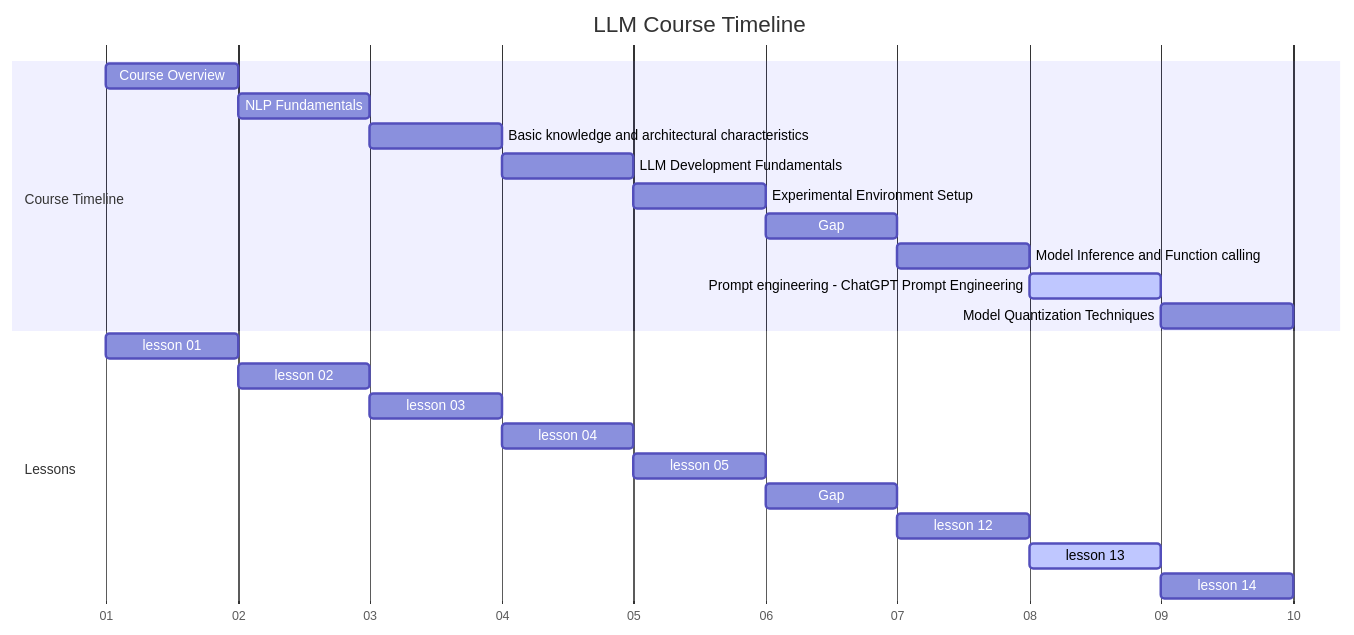
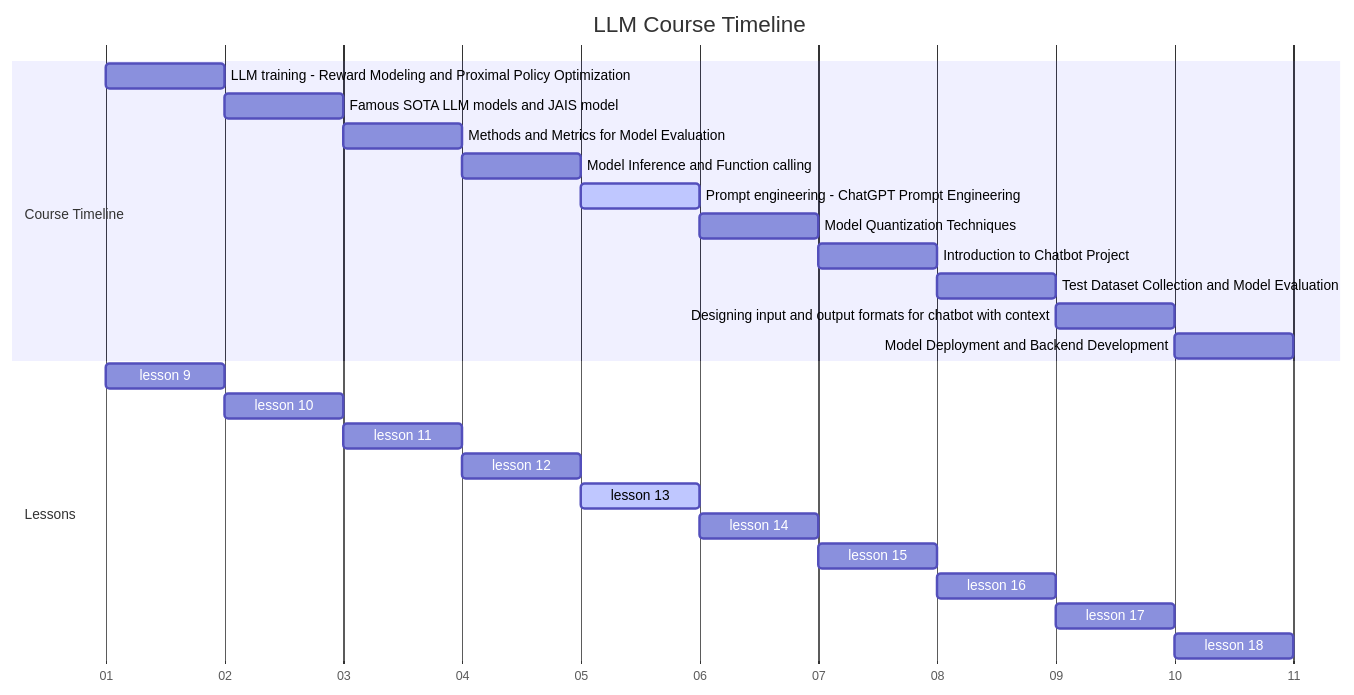
Before and after one commit to chenxingqiang/llm-course-chen: the first of 2 diagrams in notebooks/md/lesson_13_Prompt_engineering_ChatGPT_Prompt_Engineering.md, drawn with Mermaid. The commit also changed other lines of this file and 12 other files, not shown here.

````diff
--- a/notebooks/md/lesson_13_Prompt_engineering_ChatGPT_Prompt_Engineering.md
+++ b/notebooks/md/lesson_13_Prompt_engineering_ChatGPT_Prompt_Engineering.md
@@ -3,26 +3,28 @@
 ```mermaid
 gantt
     title LLM Course Timeline
     dateFormat X
     axisFormat %d
     section Course Timeline
-    Course Overview                                     :a1, 0, 1d
-    NLP Fundamentals                                    :a2, after a1, 1d
-    Basic knowledge and architectural characteristics   :a3, after a2, 1d
-    LLM Development Fundamentals                        :a4, after a3, 1d
-    Experimental Environment Setup                      :a5, after a4, 1d
-    Gap                                                 :a6, after a5, 1d
-    Model Inference and Function calling                :a12, after a6, 1d
-    Prompt engineering - ChatGPT Prompt Engineering     :active,a13, after a12, 1d
-    Model Quantization Techniques                       :a14, after a13, 1d
+    LLM training - Reward Modeling and Proximal Policy Optimization :a9, 0, 1d
+    Famous SOTA LLM models and JAIS model              :a10, after a9, 1d
+    Methods and Metrics for Model Evaluation           :a11, after a10, 1d
+    Model Inference and Function calling               :a12, after a11, 1d
+    Prompt engineering - ChatGPT Prompt Engineering    :active,a13, after a12, 1d
+    Model Quantization Techniques                      :a14, after a13, 1d
+    Introduction to Chatbot Project                    :a15, after a14, 1d
+    Test Dataset Collection and Model Evaluation       :a16, after a15, 1d
+    Designing input and output formats for chatbot with context :a17, after a16, 1d
+    Model Deployment and Backend Development           :a18, after a17, 1d
     section Lessons
-    lesson 01 :l1, 0, 1d
-    lesson 02 :l2, after l1, 1d
-    lesson 03 :l3, after l2, 1d
-    lesson 04 :l4, after l3, 1d
-    lesson 05 :l5, after l4, 1d
-    Gap       :l6, after l5, 1d
-    lesson 12 :l12, after l6, 1d
+    lesson 9  :l9, 0, 1d
+    lesson 10 :l10, after l9, 1d
+    lesson 11 :l11, after l10, 1d
+    lesson 12 :l12, after l11, 1d
     lesson 13 :active,l13, after l12, 1d
     lesson 14 :l14, after l13, 1d
+    lesson 15 :l15, after l14, 1d
+    lesson 16 :l16, after l15, 1d
+    lesson 17 :l17, after l16, 1d
+    lesson 18 :l18, after l17, 1d
 ```
````
